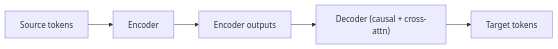
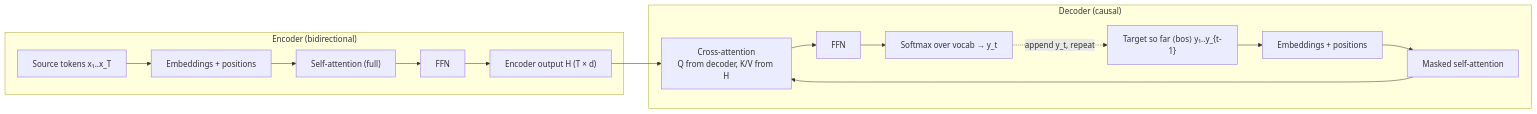
Before and after one commit to ABHIRAM3007/itp: the first of 3 diagrams in roadmap/phase-3-nlp-llm/03-seq2seq.md, drawn with Mermaid. The commit also changed other lines of this file and 19 other files, not shown here.

````diff
--- a/roadmap/phase-3-nlp-llm/03-seq2seq.md
+++ b/roadmap/phase-3-nlp-llm/03-seq2seq.md
@@ -49,6 +156,15 @@
 ```mermaid
 flowchart LR
-    X["Source tokens"] --> E["Encoder"] --> H["Encoder outputs"]
-    H --> D["Decoder (causal + cross-attn)"]
-    D --> Y["Target tokens"]
+    subgraph ENC["Encoder (bidirectional)"]
+        X["Source tokens x₁..x_T"] --> SE["Embeddings + positions"]
+        SE --> SA1["Self-attention (full)"] --> FF1["FFN"] --> H["Encoder output H (T × d)"]
+    end
+    subgraph DEC["Decoder (causal)"]
+        Y["Target so far ⟨bos⟩ y₁..y_{t-1}"] --> TE["Embeddings + positions"]
+        TE --> SA2["Masked self-attention"]
+        SA2 --> CA["Cross-attention<br/>Q from decoder, K/V from H"]
+        CA --> FF2["FFN"] --> O["Softmax over vocab → y_t"]
+    end
+    H --> CA
+    O -. "append y_t, repeat" .-> Y
 ```
````
